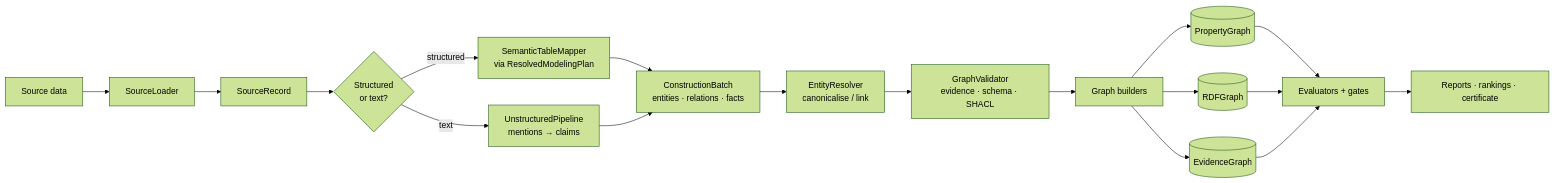
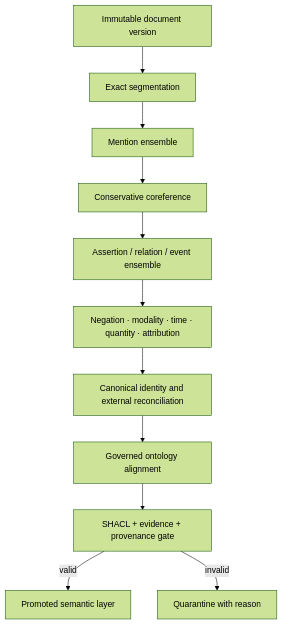
The third of 6 diagrams in docs/architecture.md (swaroop-kaza/knowledge_graphs), drawn with Mermaid (forest theme) before and after one commit. The commit also changed other lines of this file and 263 other files, not shown here.

First line of the commit message:
Reorganize KG construction repo around structured, unstructured, and evaluation workflows

````diff
--- a/docs/architecture.md
+++ b/docs/architecture.md
@@ -129,18 +116,13 @@
 ```mermaid
-flowchart LR
-    A[Source data] --> B[SourceLoader]
-    B --> C[SourceRecord]
-    C --> D{Structured<br/>or text?}
-    D -->|structured| E[SemanticTableMapper<br/>via ResolvedModelingPlan]
-    D -->|text| F[UnstructuredPipeline<br/>mentions → claims]
-    E --> G[ConstructionBatch<br/>entities · relations · facts]
-    F --> G
-    G --> H[EntityResolver<br/>canonicalise / link]
-    H --> I[GraphValidator<br/>evidence · schema · SHACL]
-    I --> J[Graph builders]
-    J --> K[(PropertyGraph)]
-    J --> L[(RDFGraph)]
-    J --> M[(EvidenceGraph)]
-    K & L & M --> N[Evaluators + gates]
-    N --> O[Reports · rankings · certificate]
+flowchart TD
+    D[Immutable document version] --> S[Exact segmentation]
+    S --> M[Mention ensemble]
+    M --> C[Conservative coreference]
+    C --> A[Assertion / relation / event ensemble]
+    A --> Q[Negation · modality · time · quantity · attribution]
+    Q --> ID[Canonical identity and external reconciliation]
+    ID --> O[Governed ontology alignment]
+    O --> SH[SHACL + evidence + provenance gate]
+    SH -->|valid| P[Promoted semantic layer]
+    SH -->|invalid| X[Quarantine with reason]
 ```
````
